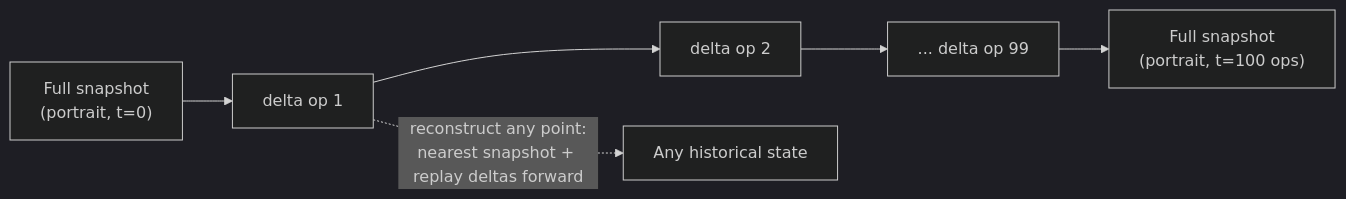
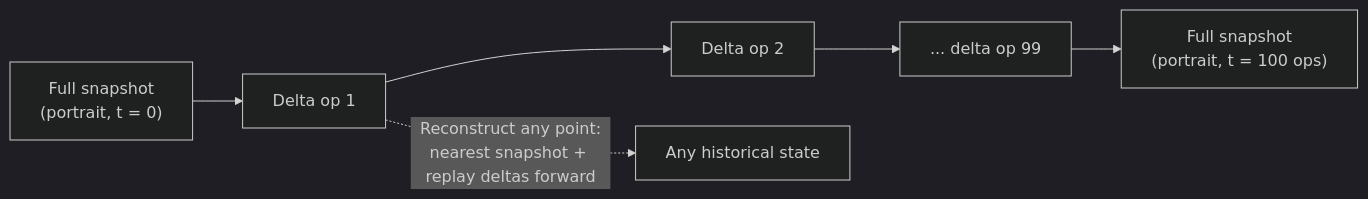
One commit to riyaz-pasha/Learnings changed diagram 11 of 14 in system-design/HLD/0-course/38-Design-a-Collaborative-Document-Editing-Service-Google-Docs-FAANG-Guide-story.md. Above: the diagram before and after it, drawn with Mermaid (dark theme). The commit also changed other lines of this file and 1 other file, not shown here.

Commit message:
[REWRITE] Google Docs story guide: simplify prose, add structure, fix diagrams

````diff
--- a/system-design/HLD/0-course/38-Design-a-Collaborative-Document-Editing-Service-Google-Docs-FAANG-Guide-story.md
+++ b/system-design/HLD/0-course/38-Design-a-Collaborative-Document-Editing-Service-Google-Docs-FAANG-Guide-story.md
@@ -332,5 +595,5 @@
 ```mermaid
 flowchart LR
-    T0["Full snapshot\n(portrait, t=0)"] --> D1["delta op 1"] --> D2["delta op 2"] --> D3["... delta op 99"] --> T1["Full snapshot\n(portrait, t=100 ops)"]
-    D1 -.->|"reconstruct any point:\nnearest snapshot + replay deltas forward"| Reconstruct[Any historical state]
+    T0["Full snapshot<br/>(portrait, t = 0)"] --> D1["Delta op 1"] --> D2["Delta op 2"] --> D3["... delta op 99"] --> T1["Full snapshot<br/>(portrait, t = 100 ops)"]
+    D1 -. "Reconstruct any point:<br/>nearest snapshot + replay deltas forward" .-> Reconstruct["Any historical state"]
 ```
````
